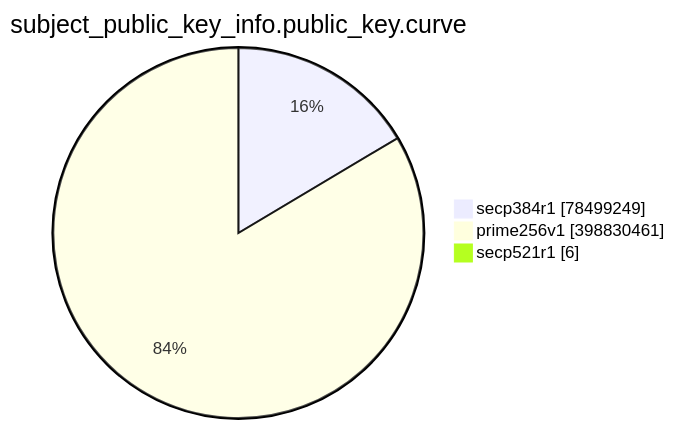
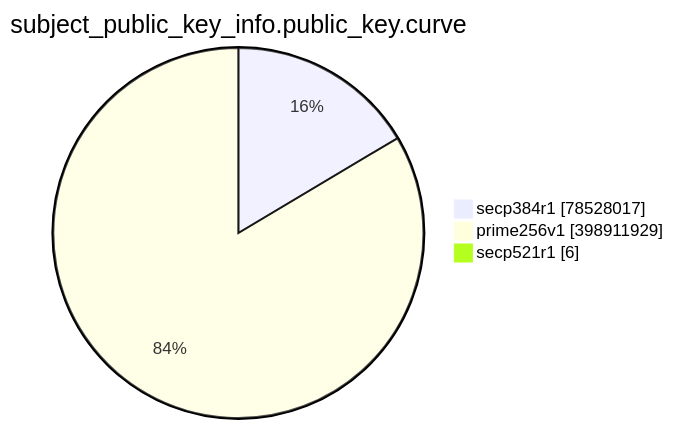
One commit to christiankrug/ctmonitor_visualization changed the eighth of 15 diagrams in TOTAL/README.md. Above: the diagram before and after it, drawn with Mermaid. The commit also changed other lines of this file, not shown here.

````diff
--- a/TOTAL/README.md
+++ b/TOTAL/README.md
@@ -3095,7 +3095,7 @@
 ```mermaid
 pie showData
 title subject_public_key_info.public_key.curve
-"secp384r1" :78499249
-"prime256v1" :398830461
+"secp384r1" :78528017
+"prime256v1" :398911929
 "secp521r1" :6
 ```
````
